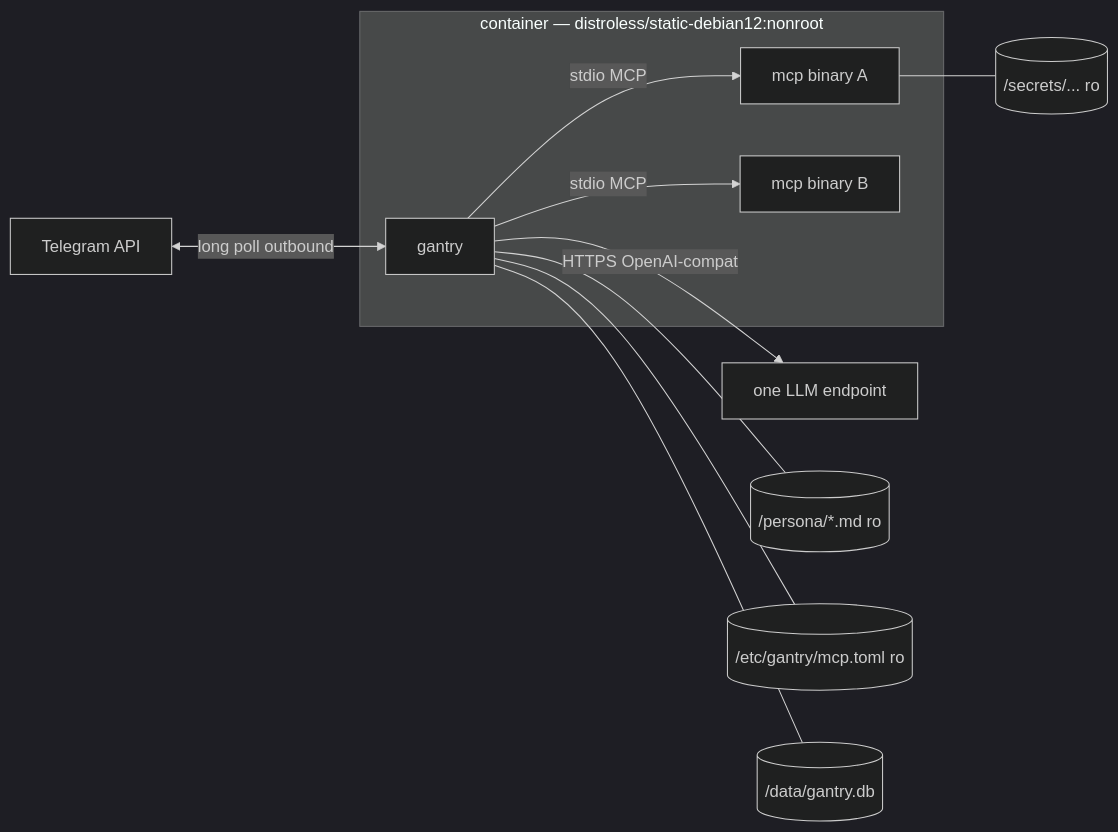
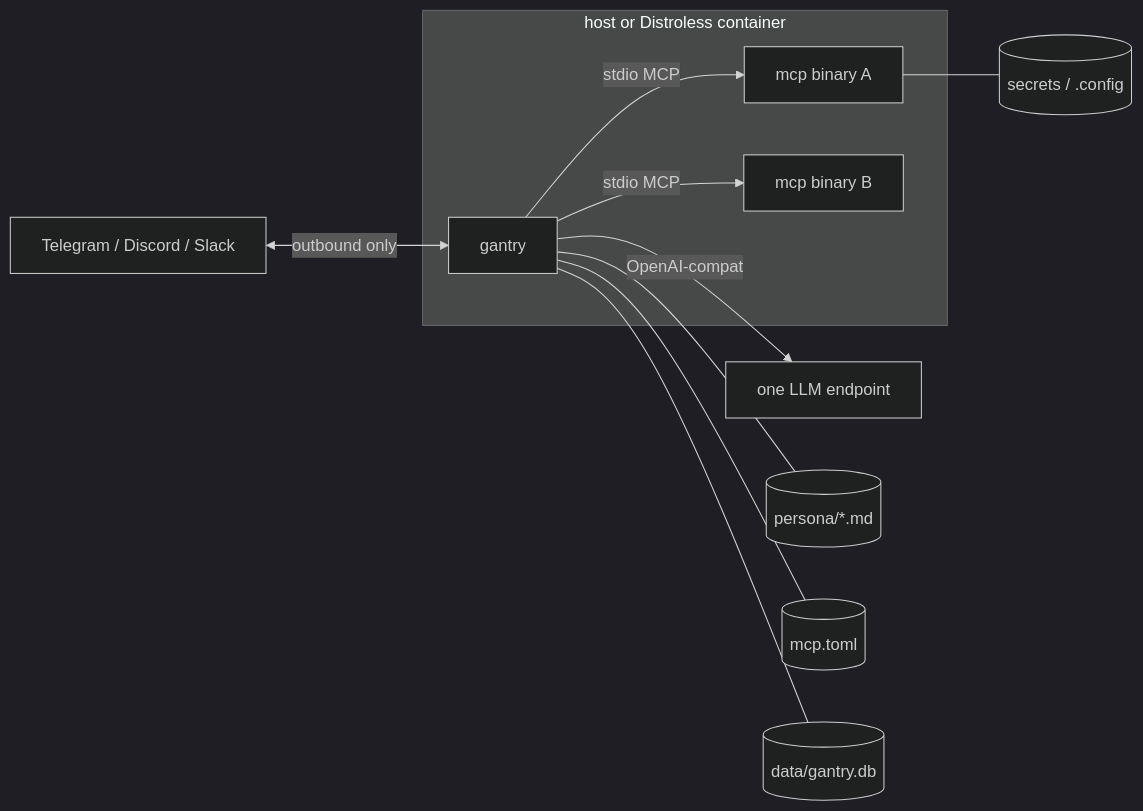
The first of 8 diagrams in docs/architecture.md (shotah/ai-gantry), drawn with Mermaid (dark theme) before and after one commit. The commit also changed other lines of this file and 13 other files, not shown here.

````diff
--- a/docs/architecture.md
+++ b/docs/architecture.md
@@ -9,18 +10,18 @@
 ```mermaid
 flowchart LR
-  TG[Telegram API] <-->|long poll outbound| K
+  CH[Telegram / Discord / Slack] <-->|outbound only| K
 
-  subgraph Container["container — distroless/static-debian12:nonroot"]
+  subgraph Host["host or Distroless container"]
     K[gantry]
     M1[mcp binary A]
     M2[mcp binary B]
     K -->|stdio MCP| M1
     K -->|stdio MCP| M2
   end
 
-  K -->|HTTPS OpenAI-compat| LLM[one LLM endpoint]
-  K --- P[("/persona/*.md ro")]
-  K --- MF[("/etc/gantry/mcp.toml ro")]
-  K --- D[("/data/gantry.db")]
-  M1 --- S[("/secrets/... ro")]
+  K -->|OpenAI-compat| LLM[one LLM endpoint]
+  K --- P[("persona/*.md")]
+  K --- MF[("mcp.toml")]
+  K --- D[("data/gantry.db")]
+  M1 --- S[("secrets / .config")]
 ```
````
